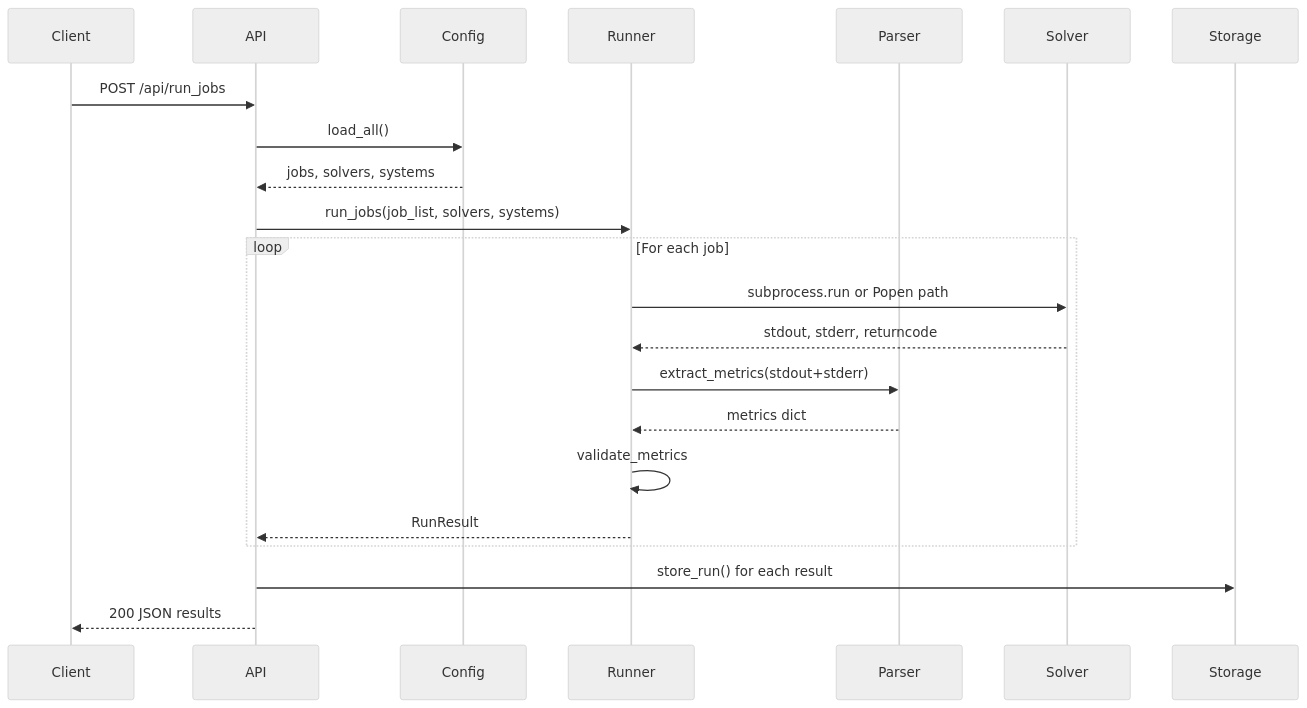
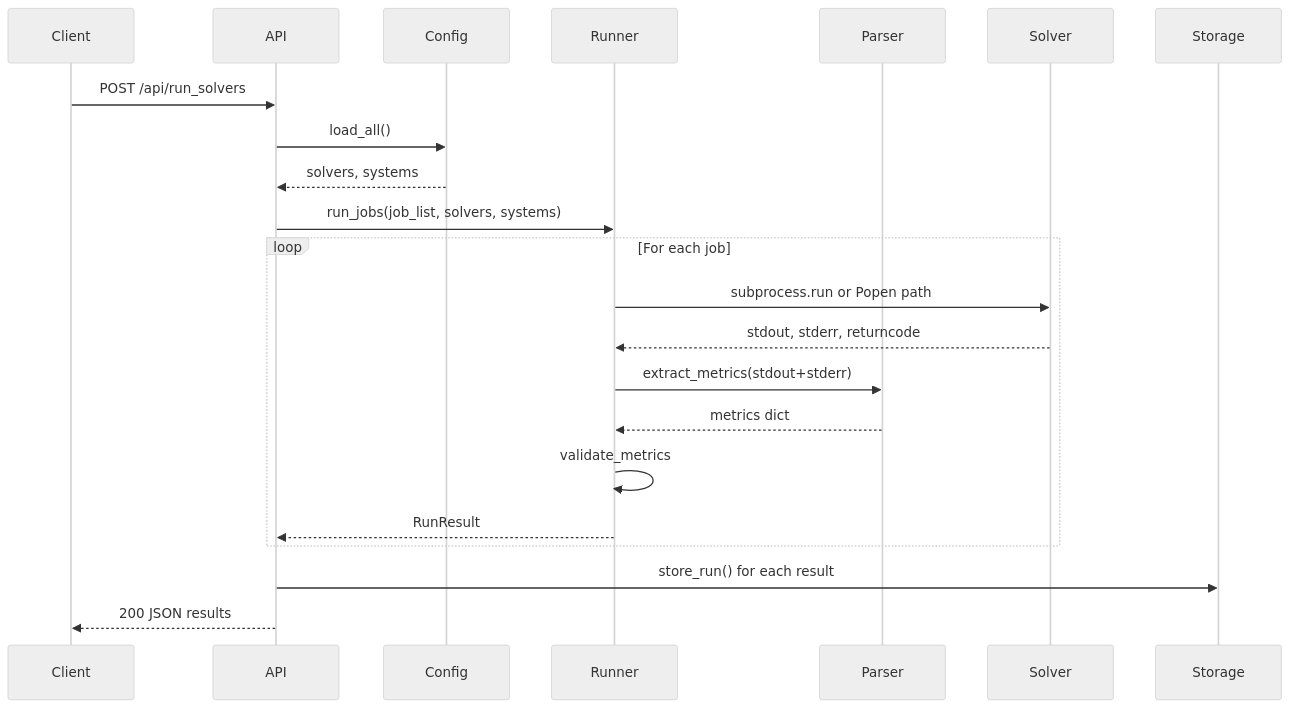
One commit to fractalclockwork/hpc-runner changed the second of 3 diagrams in docs/architecture.md. Above: the diagram before and after it, drawn with Mermaid (neutral theme). The commit also changed other lines of this file and 42 other files, not shown here.

````diff
--- a/docs/architecture.md
+++ b/docs/architecture.md
@@ -84,24 +83,24 @@
 ```mermaid
 sequenceDiagram
     participant Client
     participant API
     participant Config
     participant Runner
     participant Parser
     participant Solver
     participant Storage
-    Client->>API: POST /api/run_jobs
+    Client->>API: POST /api/run_solvers
     API->>Config: load_all()
-    Config-->>API: jobs, solvers, systems
+    Config-->>API: solvers, systems
     API->>Runner: run_jobs(job_list, solvers, systems)
     loop For each job
         Runner->>Solver: subprocess.run or Popen path
         Solver-->>Runner: stdout, stderr, returncode
         Runner->>Parser: extract_metrics(stdout+stderr)
         Parser-->>Runner: metrics dict
         Runner->>Runner: validate_metrics
         Runner-->>API: RunResult
     end
     API->>Storage: store_run() for each result
     API-->>Client: 200 JSON results
 ```
````
